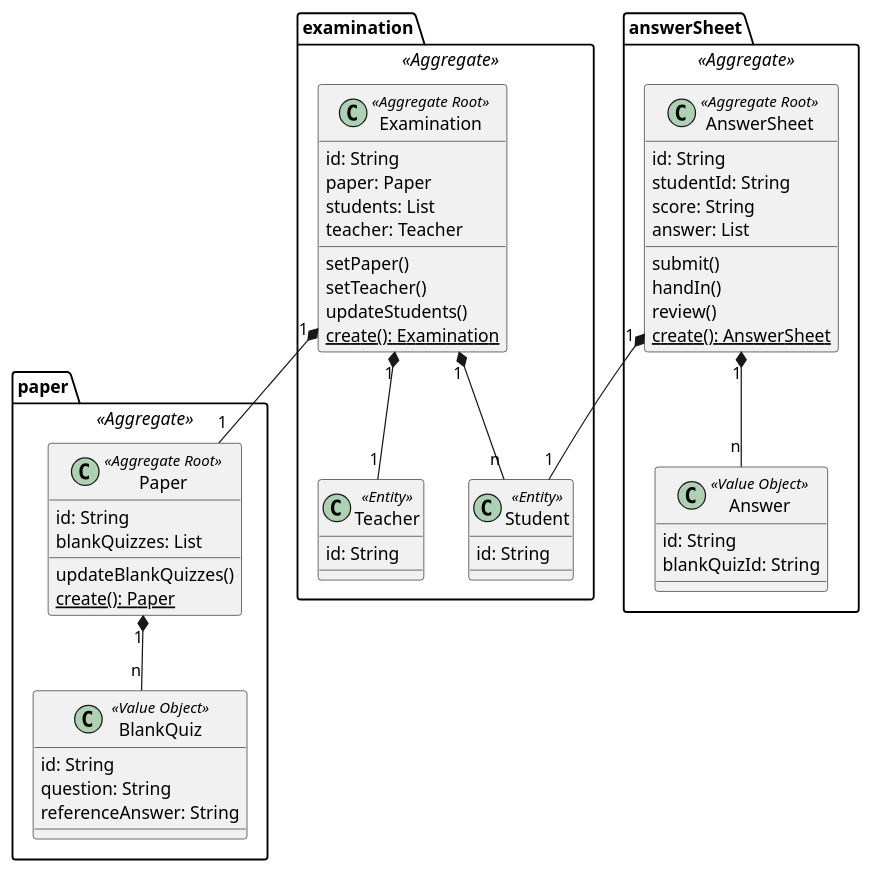
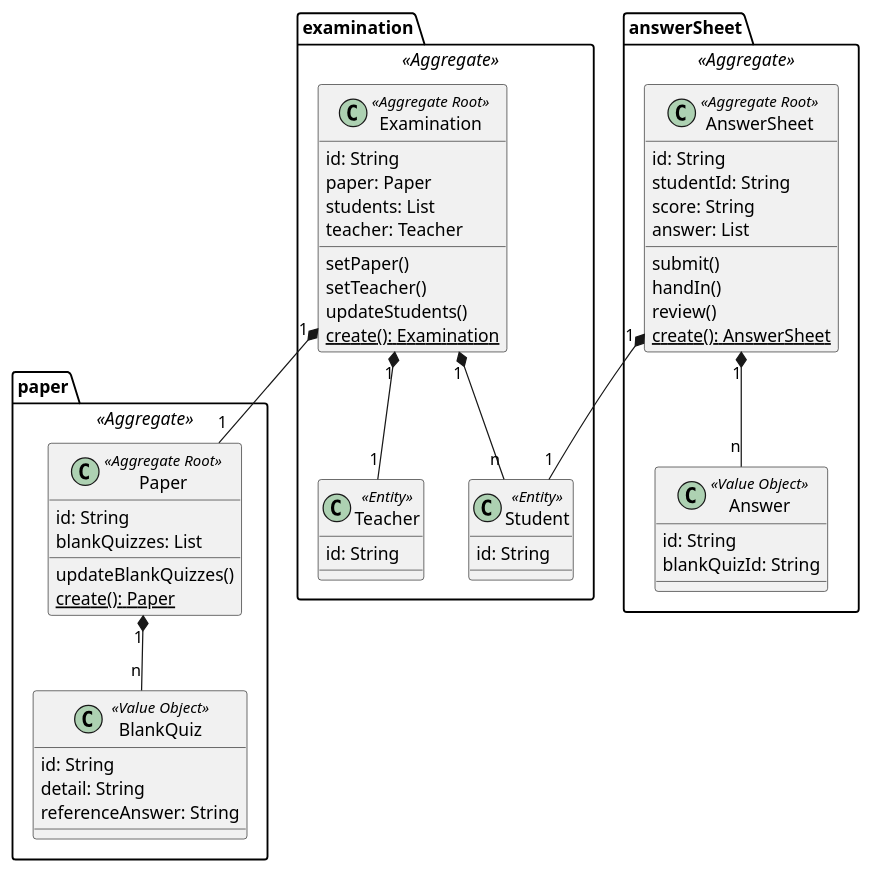
One commit to ChengYurou/exam-plantform changed the diagram in design/demo.puml. Above: the diagram before and after it, drawn with PlantUML.

Commit message:
rename parameter.

```diff
--- a/design/demo.puml
+++ b/design/demo.puml
@@ -1,60 +1,60 @@
 @startuml
 package paper <<Aggregate>>  {
     class Paper <<Aggregate Root>> {
         id: String
         blankQuizzes: List
         updateBlankQuizzes()
         {static} create(): Paper
     }
     class BlankQuiz <<Value Object>>{
         id: String
-        question: String
+        detail: String
         referenceAnswer: String
     }
     Paper "1" *-- "n" BlankQuiz
 }
 package examination <<Aggregate>> {
     class Examination <<Aggregate Root>> {
         id: String
         paper: Paper
         students: List
         teacher: Teacher
         setPaper()
         setTeacher()
         updateStudents()
         {static} create(): Examination
     }
 
     class Student <<Entity>> {
         id: String
     }
 
     class Teacher <<Entity>> {
         id: String
     }
 
     Examination "1" *-- "1" Paper
     Examination "1" *-- "1" Teacher
     Examination "1" *-- "n" Student
 }
 package answerSheet <<Aggregate>> {
     class AnswerSheet <<Aggregate Root>> {
         id: String
         studentId: String
         score: String
         answer: List
         submit()
         handIn()
         review()
         {static} create(): AnswerSheet
     }
 
     class Answer <<Value Object>> {
         id: String
         blankQuizId: String
     }
 
     AnswerSheet "1" *-- "1" Student
     AnswerSheet "1" *-- "n" Answer
 }
 @enduml
```
